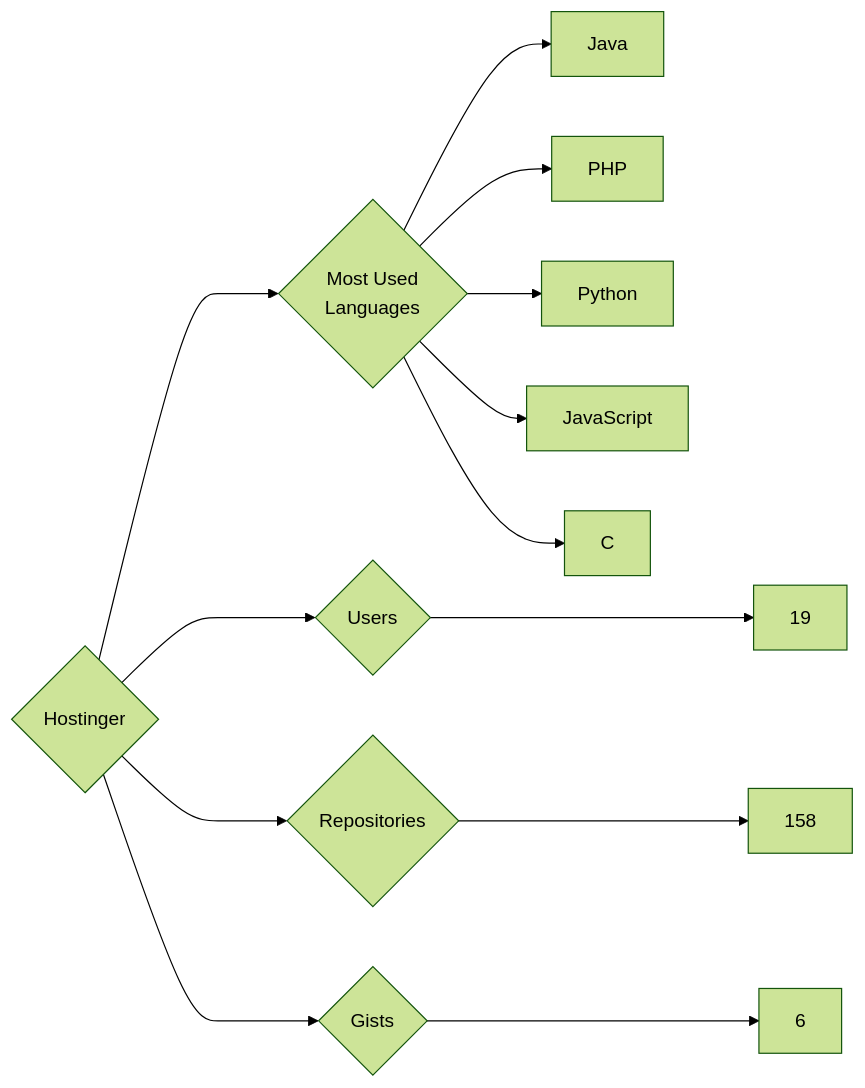
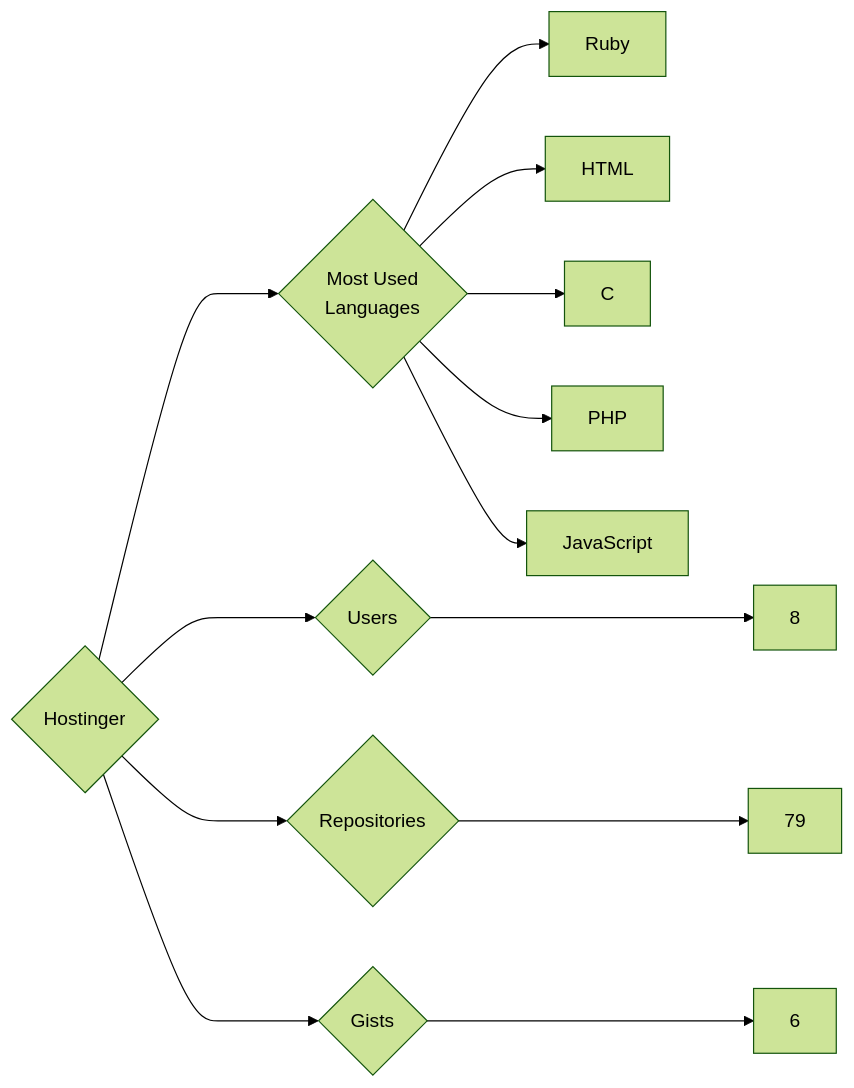
The diagram in targets/Hostinger/README.md (trickest/insiders), drawn with Mermaid (forest theme) before and after one commit. The commit also changed 953 other files, not shown here.

````diff
--- a/targets/Hostinger/README.md
+++ b/targets/Hostinger/README.md
@@ -3,13 +3,13 @@
 ```mermaid
 graph LR
 COMPANY_NAME{Hostinger}
-COMPANY_NAME ---> U{Users} ---> UN[19]
-COMPANY_NAME ---> R{Repositories} ---> RN[158]
+COMPANY_NAME ---> U{Users} ---> UN[8]
+COMPANY_NAME ---> R{Repositories} ---> RN[79]
 COMPANY_NAME ---> G{Gists} ---> GN[6]
 COMPANY_NAME ---> ML{Most Used<br>Languages}
-ML --> Java[Java]
+ML --> Ruby[Ruby]
+ML --> HTML[HTML]
+ML --> C[C]
 ML --> PHP[PHP]
-ML --> Python[Python]
 ML --> JavaScript[JavaScript]
-ML --> C[C]
 ```
````
